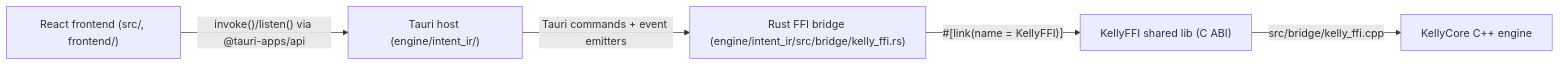
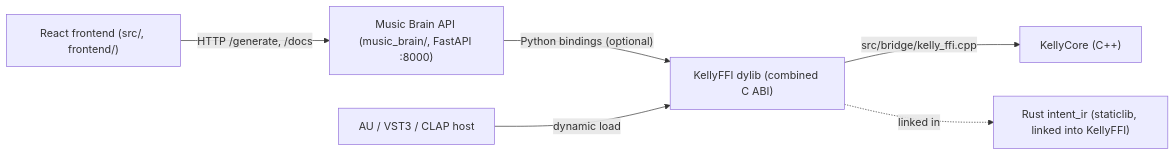
The diagram in docs/FULL_STACK_BUILD.md (sburdges-eng/KmiDi), drawn with Mermaid before and after one commit. The commit also changed other lines of this file and 8 other files, not shown here.

````diff
--- a/docs/FULL_STACK_BUILD.md
+++ b/docs/FULL_STACK_BUILD.md
@@ -7,12 +7,14 @@
 ```mermaid
 flowchart LR
   ReactFrontend["React frontend (src/, frontend/)"]
-  TauriHost["Tauri host (engine/intent_ir/)"]
-  RustBridge["Rust FFI bridge (engine/intent_ir/src/bridge/kelly_ffi.rs)"]
-  KellyFFI["KellyFFI shared lib (C ABI)"]
-  KellyCore["KellyCore C++ engine"]
-  ReactFrontend -->|"invoke()/listen() via @tauri-apps/api"| TauriHost
-  TauriHost -->|"Tauri commands + event emitters"| RustBridge
-  RustBridge -->|"#[link(name = KellyFFI)]"| KellyFFI
+  MusicBrain["Music Brain API (music_brain/, FastAPI :8000)"]
+  KellyFFI["KellyFFI dylib (combined C ABI)"]
+  IntentIR["Rust intent_ir (staticlib, linked into KellyFFI)"]
+  KellyCore["KellyCore (C++)"]
+  PluginHost["AU / VST3 / CLAP host"]
+  ReactFrontend -->|"HTTP /generate, /docs"| MusicBrain
+  MusicBrain -->|"Python bindings (optional)"| KellyFFI
+  PluginHost -->|"dynamic load"| KellyFFI
   KellyFFI -->|"src/bridge/kelly_ffi.cpp"| KellyCore
+  KellyFFI -.->|"linked in"| IntentIR
 ```
````
